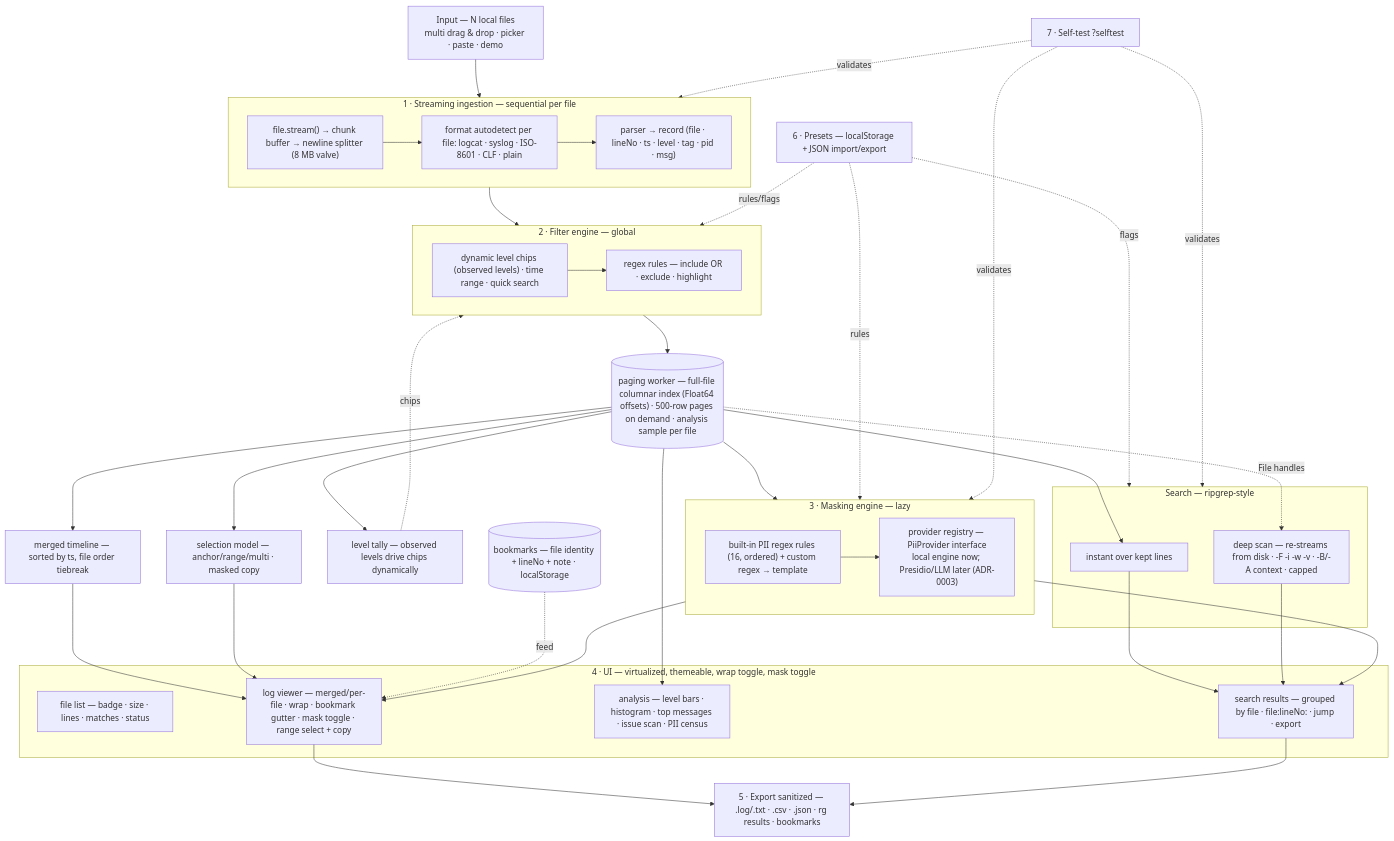
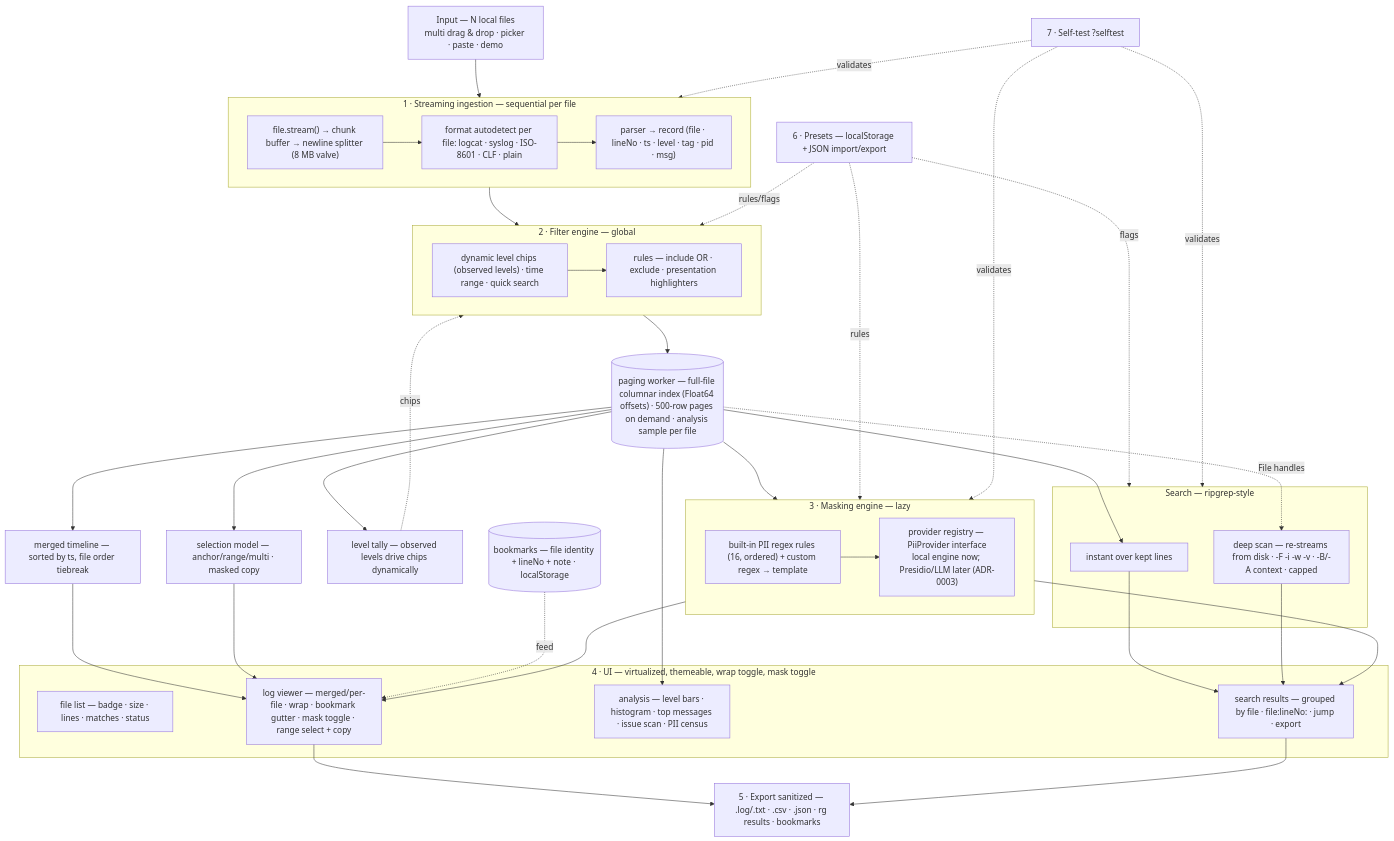
One commit to CJ-1981/log-triage changed the diagram in docs/architecture.md. Above: the diagram before and after it, drawn with Mermaid. The commit also changed other lines of this file and 3 other files, not shown here.

````diff
--- a/docs/architecture.md
+++ b/docs/architecture.md
@@ -5,58 +5,58 @@
 ```mermaid
 flowchart TD
     IN["Input — N local files<br>multi drag & drop · picker · paste · demo"]
     subgraph S1["1 · Streaming ingestion — sequential per file"]
         A1["file.stream() → chunk buffer → newline splitter (8 MB valve)"]
         A2["format autodetect per file: logcat · syslog · ISO-8601 · CLF · plain"]
         A3["parser → record (file · lineNo · ts · level · tag · pid · msg)"]
         A1 --> A2 --> A3
     end
     subgraph S2["2 · Filter engine — global"]
         B1["dynamic level chips (observed levels) · time range · quick search"]
-        B2["regex rules — include OR · exclude · highlight"]
+        B2["rules — include OR · exclude · presentation highlighters"]
         B1 --> B2
     end
     STORE[("paging worker — full-file columnar index (Float64 offsets) · 500-row pages on demand · analysis sample per file")]
     LV["level tally — observed levels drive chips dynamically"]
     MERGE["merged timeline — sorted by ts, file order tiebreak"]
     subgraph S3["3 · Masking engine — lazy"]
         C1["built-in PII regex rules (16, ordered) + custom regex → template"]
         C2["provider registry — PiiProvider interface<br>local engine now; Presidio/LLM later (ADR-0003)"]
         C1 --> C2
     end
     subgraph SR["Search — ripgrep-style"]
         R1["instant over kept lines"]
         R2["deep scan — re-streams from disk · -F -i -w -v · -B/-A context · capped"]
     end
     BM[("bookmarks — file identity + lineNo + note · localStorage")]
     SEL["selection model — anchor/range/multi · masked copy"]
     subgraph S4["4 · UI — virtualized, themeable, wrap toggle, mask toggle"]
         D0["file list — badge · size · lines · matches · status"]
         D1["log viewer — merged/per-file · wrap · bookmark gutter · mask toggle · range select + copy"]
         D2["analysis — level bars · histogram · top messages · issue scan · PII census"]
         D5["search results — grouped by file · file:lineNo: · jump · export"]
     end
     E1["5 · Export sanitized — .log/.txt · .csv · .json · rg results · bookmarks"]
     P["6 · Presets — localStorage + JSON import/export"]
     T["7 · Self-test ?selftest"]
     IN --> S1 --> S2 --> STORE
     STORE --> LV -. chips .-> S2
     STORE --> MERGE --> D1
     STORE --> S3 --> D1
     STORE --> SEL --> D1
     STORE --> R1
     STORE -. File handles .-> R2
     BM -. feed .-> D1
     S3 --> D5
     R1 --> D5
     R2 --> D5
     STORE --> D2
     D1 --> E1
     D5 --> E1
     P -. rules/flags .-> S2
     P -. rules .-> S3
     P -. flags .-> SR
     T -. validates .-> S1
     T -. validates .-> S3
     T -. validates .-> SR
 ```
````
